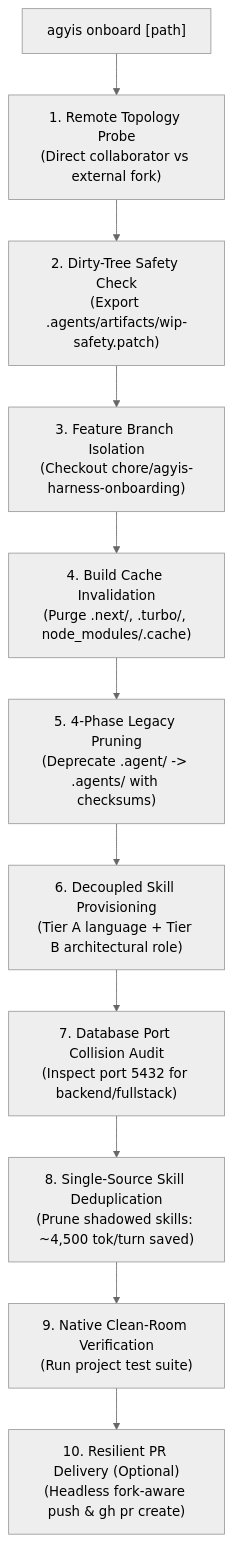
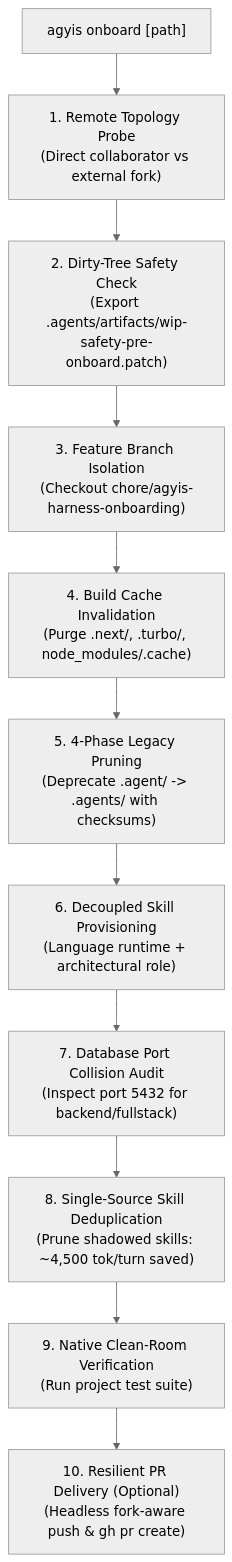
The diagram in README.md (kuasha420/agyis-harness), drawn with Mermaid (neutral theme) before and after one commit. The commit also changed other lines of this file and 157 other files, not shown here.

Commit message:
docs(rc10): consolidate ADRs, specs, runbooks & taxonomy, remediate runtime gaps, scrub PII, and enforce skill ToCs

````diff
--- a/README.md
+++ b/README.md
@@ -115,13 +115,13 @@
 ```mermaid
 flowchart TD
     Start["agyis onboard [path]"] --> Probe["1. Remote Topology Probe\n(Direct collaborator vs external fork)"]
-    Probe --> Safety["2. Dirty-Tree Safety Check\n(Export .agents/artifacts/wip-safety.patch)"]
+    Probe --> Safety["2. Dirty-Tree Safety Check\n(Export .agents/artifacts/wip-safety-pre-onboard.patch)"]
     Safety --> Branch["3. Feature Branch Isolation\n(Checkout chore/agyis-harness-onboarding)"]
     Branch --> Cache["4. Build Cache Invalidation\n(Purge .next/, .turbo/, node_modules/.cache)"]
     Cache --> Harm["5. 4-Phase Legacy Pruning\n(Deprecate .agent/ -> .agents/ with checksums)"]
-    Harm --> Skills["6. Decoupled Skill Provisioning\n(Tier A language + Tier B architectural role)"]
+    Harm --> Skills["6. Decoupled Skill Provisioning\n(Language runtime + architectural role)"]
     Skills --> DB["7. Database Port Collision Audit\n(Inspect port 5432 for backend/fullstack)"]
     DB --> Dedup["8. Single-Source Skill Deduplication\n(Prune shadowed skills: ~4,500 tok/turn saved)"]
     Dedup --> Verify["9. Native Clean-Room Verification\n(Run project test suite)"]
     Verify --> PR["10. Resilient PR Delivery (Optional)\n(Headless fork-aware push & gh pr create)"]
 ```
````
